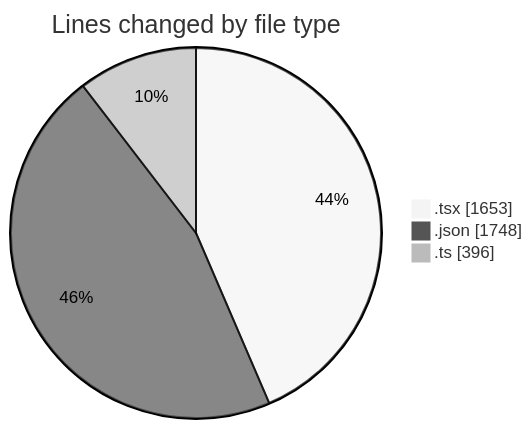
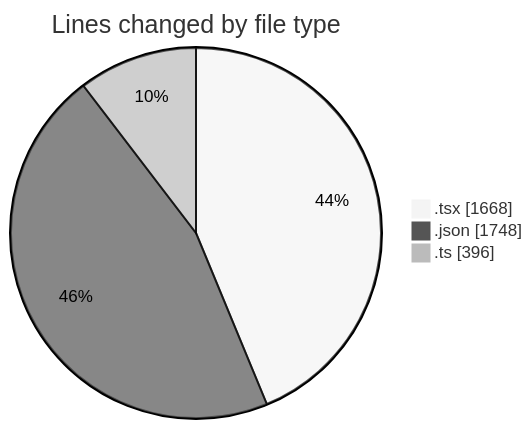
The first of 2 diagrams in 2025-10-30/eventscop-frontend-guide__workspace_/README.md (julien-gomy/code-tracking), drawn with Mermaid (neutral theme) before and after one commit. The commit also changed other lines of this file and 1 other file, not shown here.

````diff
--- a/2025-10-30/eventscop-frontend-guide__workspace_/README.md
+++ b/2025-10-30/eventscop-frontend-guide__workspace_/README.md
@@ -34,7 +34,7 @@
 ```mermaid
 pie showData
 title Lines changed by file type
-".tsx" : 1653
+".tsx" : 1668
 ".json" : 1748
 ".ts" : 396
 ```
````
